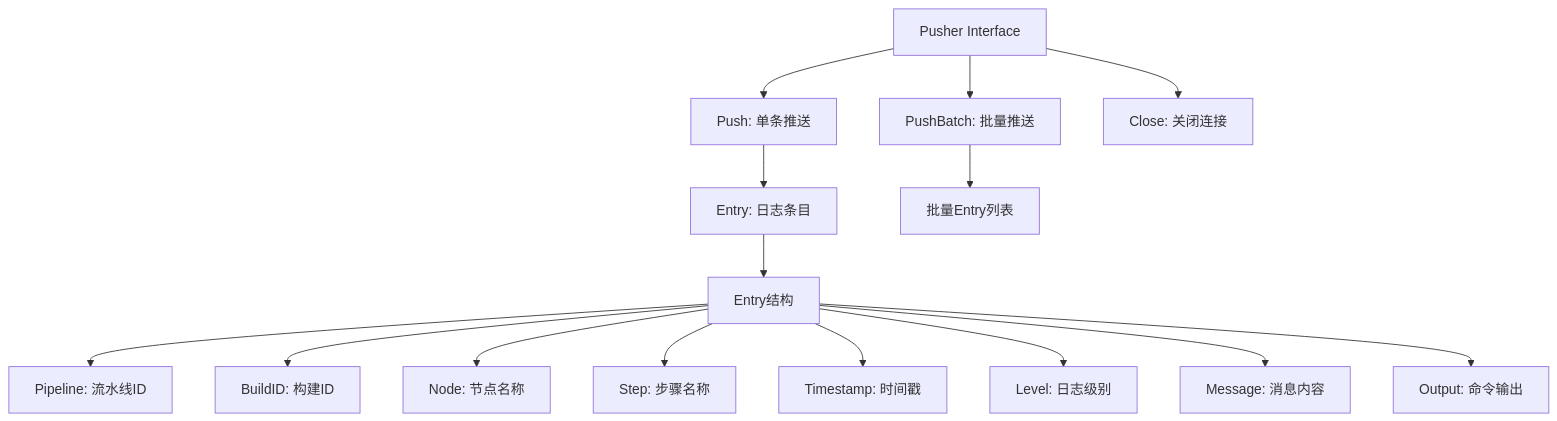
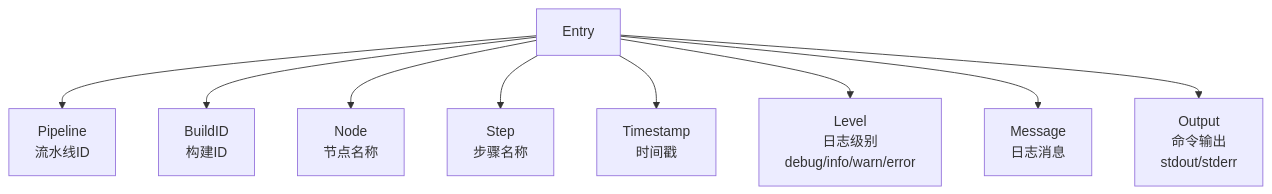
Before and after one commit to LerkoX/flowx: the second of 7 diagrams in logger/FLOWS.md, drawn with Mermaid. The commit also changed other lines of this file and 6 other files, not shown here.

First line of the commit message:
docs: enhance module flow diagrams with detailed implementation flows

````diff
--- a/logger/FLOWS.md
+++ b/logger/FLOWS.md
@@ -5,19 +14,11 @@
 ```mermaid
 flowchart TD
-    A[Pusher Interface] --> B[Push: 单条推送]
-    A --> C[PushBatch: 批量推送]
-    A --> D[Close: 关闭连接]
-
-    B --> E[Entry: 日志条目]
-    C --> F[批量Entry列表]
-
-    E --> G[Entry结构]
-    G --> H[Pipeline: 流水线ID]
-    G --> I[BuildID: 构建ID]
-    G --> J[Node: 节点名称]
-    G --> K[Step: 步骤名称]
-    G --> L[Timestamp: 时间戳]
-    G --> M[Level: 日志级别]
-    G --> N[Message: 消息内容]
-    G --> O[Output: 命令输出]
+    A[Entry] --> B[Pipeline<br/>流水线ID]
+    A --> C[BuildID<br/>构建ID]
+    A --> D[Node<br/>节点名称]
+    A --> E[Step<br/>步骤名称]
+    A --> F[Timestamp<br/>时间戳]
+    A --> G[Level<br/>日志级别<br/>debug/info/warn/error]
+    A --> H[Message<br/>日志消息]
+    A --> I[Output<br/>命令输出<br/>stdout/stderr]
 ```
````
